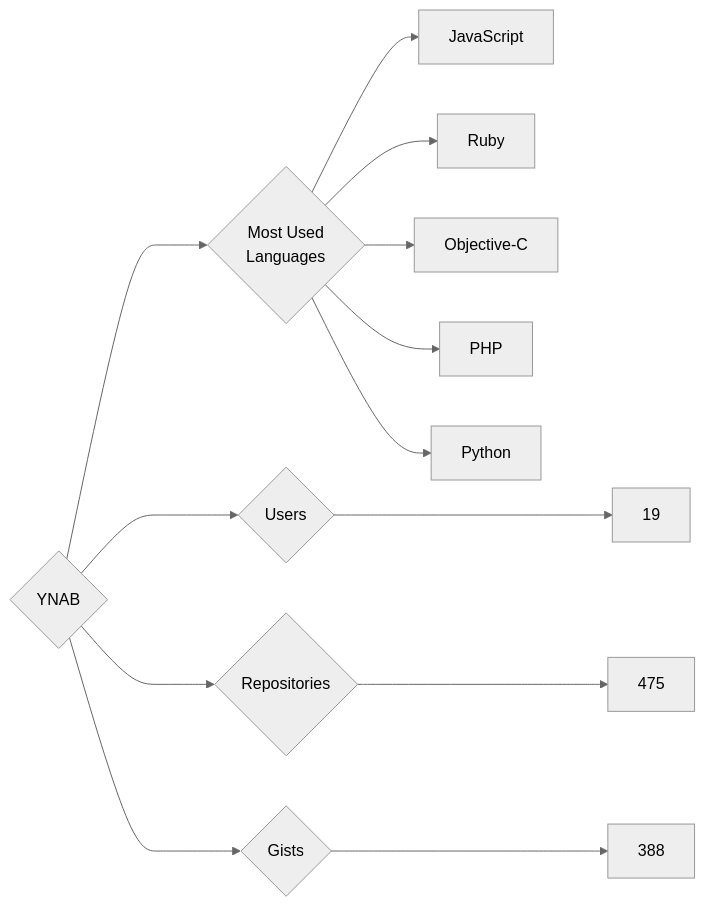
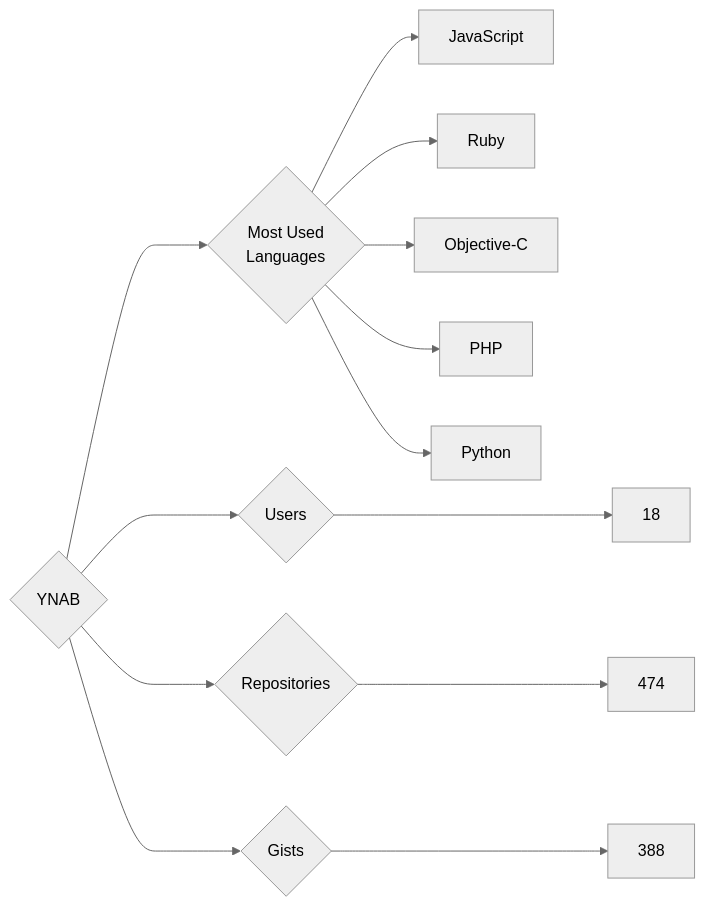
One commit to trickest/insiders changed the diagram in targets/YNAB/README.md. Above: the diagram before and after it, drawn with Mermaid (neutral theme). The commit also changed 969 other files, not shown here.

````diff
--- a/targets/YNAB/README.md
+++ b/targets/YNAB/README.md
@@ -3,13 +3,13 @@
 ```mermaid
 graph LR
 COMPANY_NAME{YNAB}
-COMPANY_NAME ---> U{Users} ---> UN[19]
-COMPANY_NAME ---> R{Repositories} ---> RN[475]
+COMPANY_NAME ---> U{Users} ---> UN[18]
+COMPANY_NAME ---> R{Repositories} ---> RN[474]
 COMPANY_NAME ---> G{Gists} ---> GN[388]
 COMPANY_NAME ---> ML{Most Used<br>Languages}
 ML --> JavaScript[JavaScript]
 ML --> Ruby[Ruby]
 ML --> Objective-C[Objective-C]
 ML --> PHP[PHP]
 ML --> Python[Python]
 ```
````
